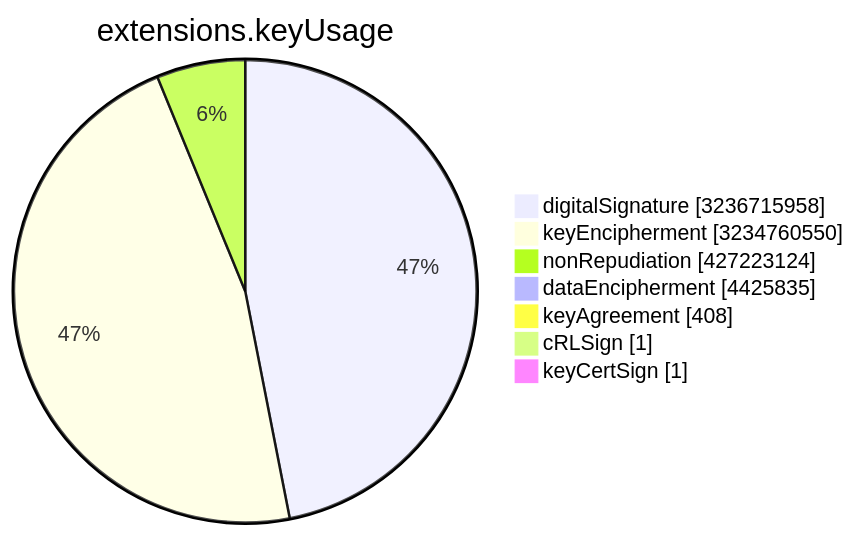
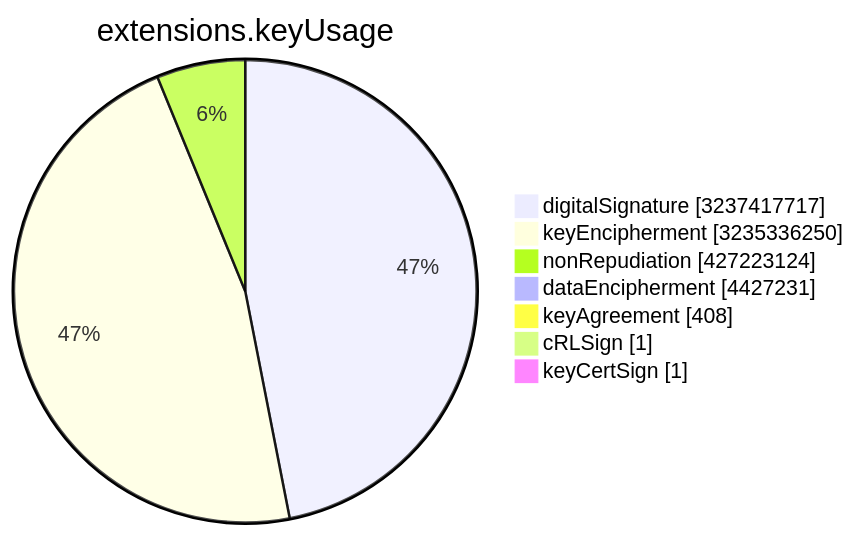
Before and after one commit to christiankrug/ctmonitor_visualization: the sixth of 15 diagrams in TOTAL/README.md, drawn with Mermaid. The commit also changed other lines of this file, not shown here.

````diff
--- a/TOTAL/README.md
+++ b/TOTAL/README.md
@@ -3077,11 +3077,11 @@
 ```mermaid
 pie showData
 title extensions.keyUsage
-"digitalSignature" :3236715958
-"keyEncipherment" :3234760550
+"digitalSignature" :3237417717
+"keyEncipherment" :3235336250
 "nonRepudiation" :427223124
-"dataEncipherment" :4425835
+"dataEncipherment" :4427231
 "keyAgreement" :408
 "cRLSign" :1
 "keyCertSign" :1
 ```
````
